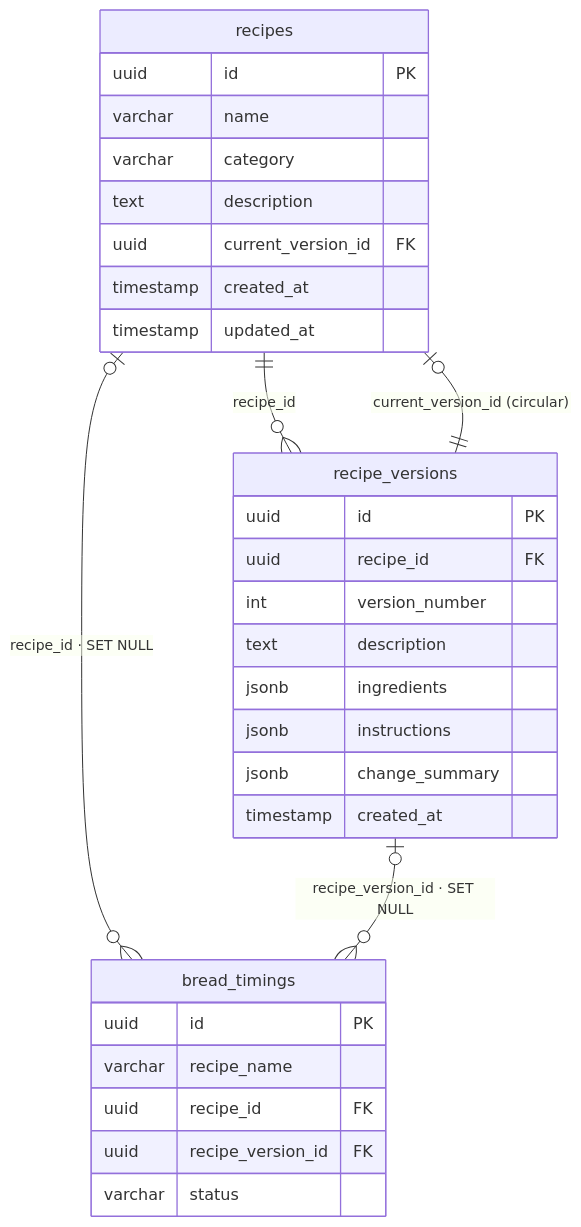
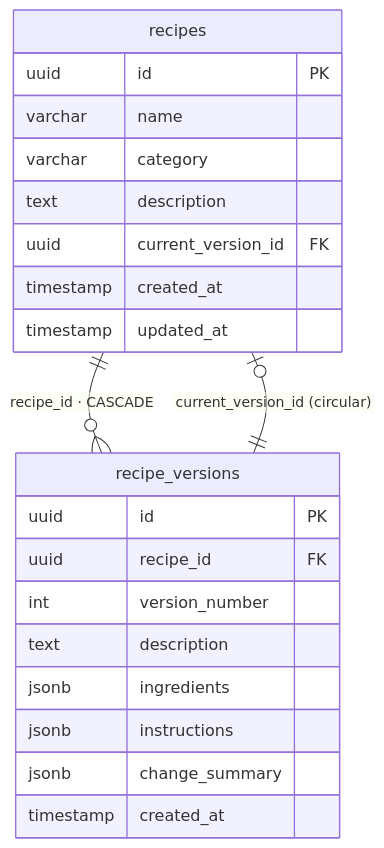
One commit to sjoelee/bread-log changed the second of 4 diagrams in docs/domain-model.md. Above: the diagram before and after it, drawn with Mermaid. The commit also changed other lines of this file and 3 other files, not shown here.

````diff
--- a/docs/domain-model.md
+++ b/docs/domain-model.md
@@ -105,34 +104,25 @@
 ```mermaid
 erDiagram
-    recipes ||--o{ recipe_versions : "recipe_id"
+    recipes ||--o{ recipe_versions : "recipe_id · CASCADE"
     recipes |o--|| recipe_versions : "current_version_id (circular)"
-    recipes |o--o{ bread_timings : "recipe_id · SET NULL"
-    recipe_versions |o--o{ bread_timings : "recipe_version_id · SET NULL"
 
     recipes {
         uuid id PK
         varchar name
         varchar category
         text description
         uuid current_version_id FK
         timestamp created_at
         timestamp updated_at
     }
     recipe_versions {
         uuid id PK
         uuid recipe_id FK
         int version_number
         text description
         jsonb ingredients
         jsonb instructions
         jsonb change_summary
         timestamp created_at
     }
-    bread_timings {
-        uuid id PK
-        varchar recipe_name
-        uuid recipe_id FK
-        uuid recipe_version_id FK
-        varchar status
-    }
 ```
````
